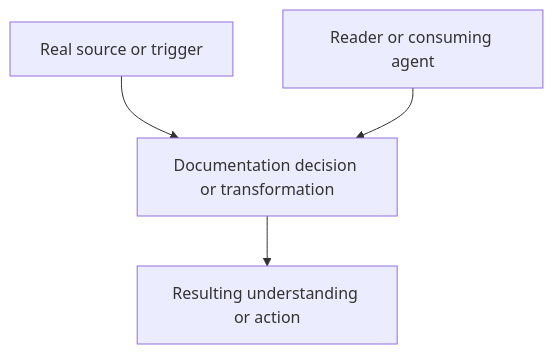
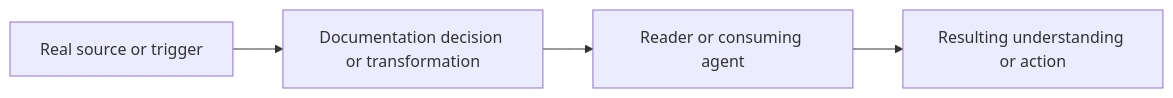
One commit to WD-Mitchell/which-model changed the diagram in .github/PULL_REQUEST_TEMPLATE/documentation.md. Above: the diagram before and after it, drawn with Mermaid. The commit also changed other lines of this file and 4 other files, not shown here.

Commit message:
docs(templates): lay out short Mermaid diagrams horizontally

````diff
--- a/.github/PULL_REQUEST_TEMPLATE/documentation.md
+++ b/.github/PULL_REQUEST_TEMPLATE/documentation.md
@@ -10,10 +10,10 @@
 ```mermaid
-flowchart TD
+flowchart LR
   source[Real source or trigger]
+  decision[Documentation decision or transformation]
   reader[Reader or consuming agent]
-  decision[Documentation decision or transformation]
   outcome[Resulting understanding or action]
   source --> decision
-  reader --> decision
-  decision --> outcome
+  decision --> reader
+  reader --> outcome
 ```
````
